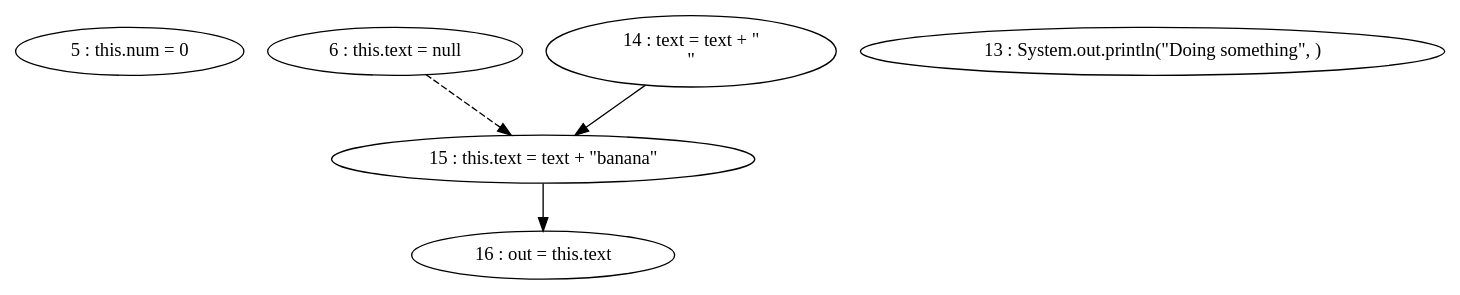
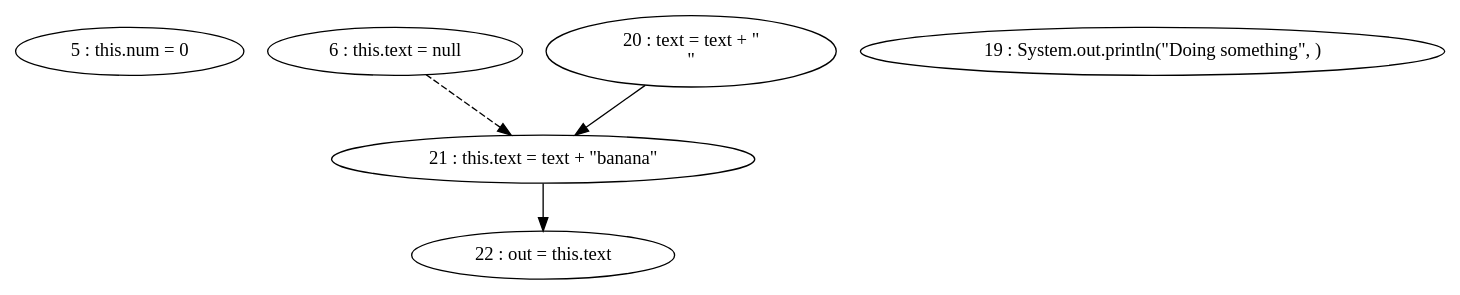
Before and after one commit to thomassimko/thesis-code-duplication: the diagram in pdg/source/testObject-doSomething.gv, drawn with Graphviz. The commit also changed 61 other files, not shown here.

```diff
--- a/pdg/source/testObject-doSomething.gv
+++ b/pdg/source/testObject-doSomething.gv
@@ -1,11 +1,11 @@
 digraph G {
 "5 : this.num = 0"
 "6 : this.text = null"
-"6 : this.text = null" -> "15 : this.text = text + \"banana\"" [style=dashed]
-"13 : System.out.println(\"Doing something\", )"
-"14 : text = text + \"\n\""
-"14 : text = text + \"\n\"" -> "15 : this.text = text + \"banana\""
-"15 : this.text = text + \"banana\""
-"15 : this.text = text + \"banana\"" -> "16 : out = this.text"
-"16 : out = this.text"
+"6 : this.text = null" -> "21 : this.text = text + \"banana\"" [style=dashed]
+"19 : System.out.println(\"Doing something\", )"
+"20 : text = text + \"\n\""
+"20 : text = text + \"\n\"" -> "21 : this.text = text + \"banana\""
+"21 : this.text = text + \"banana\""
+"21 : this.text = text + \"banana\"" -> "22 : out = this.text"
+"22 : out = this.text"
 }
```
